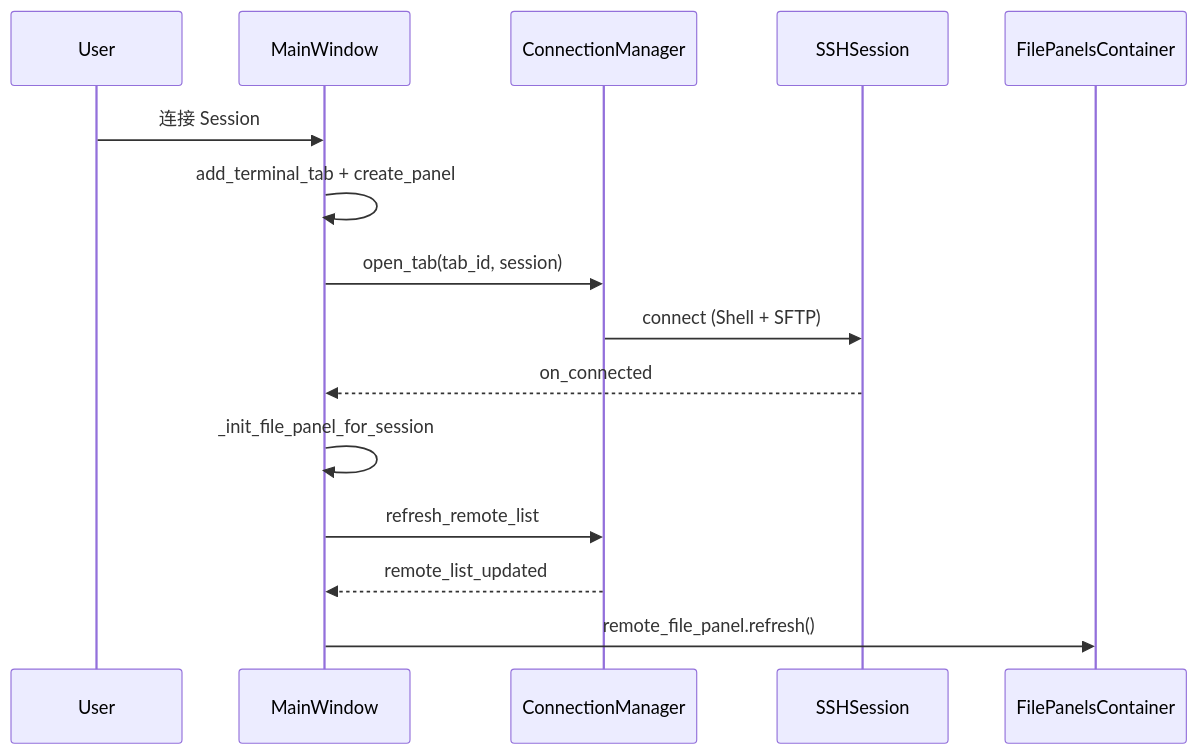
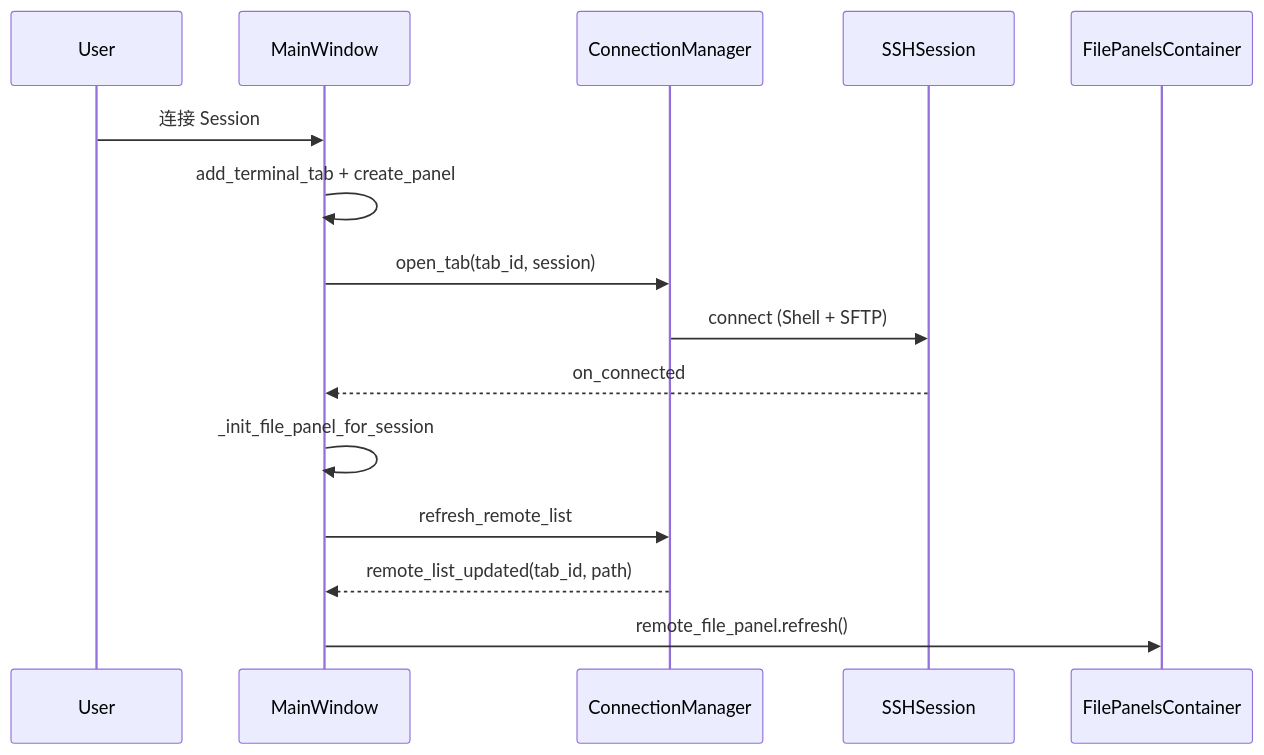
Before and after one commit to yinkaisheng/ykSSH: the first of 2 diagrams in IMPLEMENTATION.md, drawn with Mermaid. The commit also changed other lines of this file and 5 other files, not shown here.

````diff
--- a/IMPLEMENTATION.md
+++ b/IMPLEMENTATION.md
@@ -680,18 +680,18 @@
 ```mermaid
 sequenceDiagram
     participant User
     participant MainWindow
     participant ConnMgr as ConnectionManager
     participant SSH as SSHSession
     participant Files as FilePanelsContainer
 
     User->>MainWindow: 连接 Session
     MainWindow->>MainWindow: add_terminal_tab + create_panel
     MainWindow->>ConnMgr: open_tab(tab_id, session)
     ConnMgr->>SSH: connect (Shell + SFTP)
     SSH-->>MainWindow: on_connected
     MainWindow->>MainWindow: _init_file_panel_for_session
     MainWindow->>ConnMgr: refresh_remote_list
-    ConnMgr-->>MainWindow: remote_list_updated
+    ConnMgr-->>MainWindow: remote_list_updated(tab_id, path)
     MainWindow->>Files: remote_file_panel.refresh()
 ```
````
